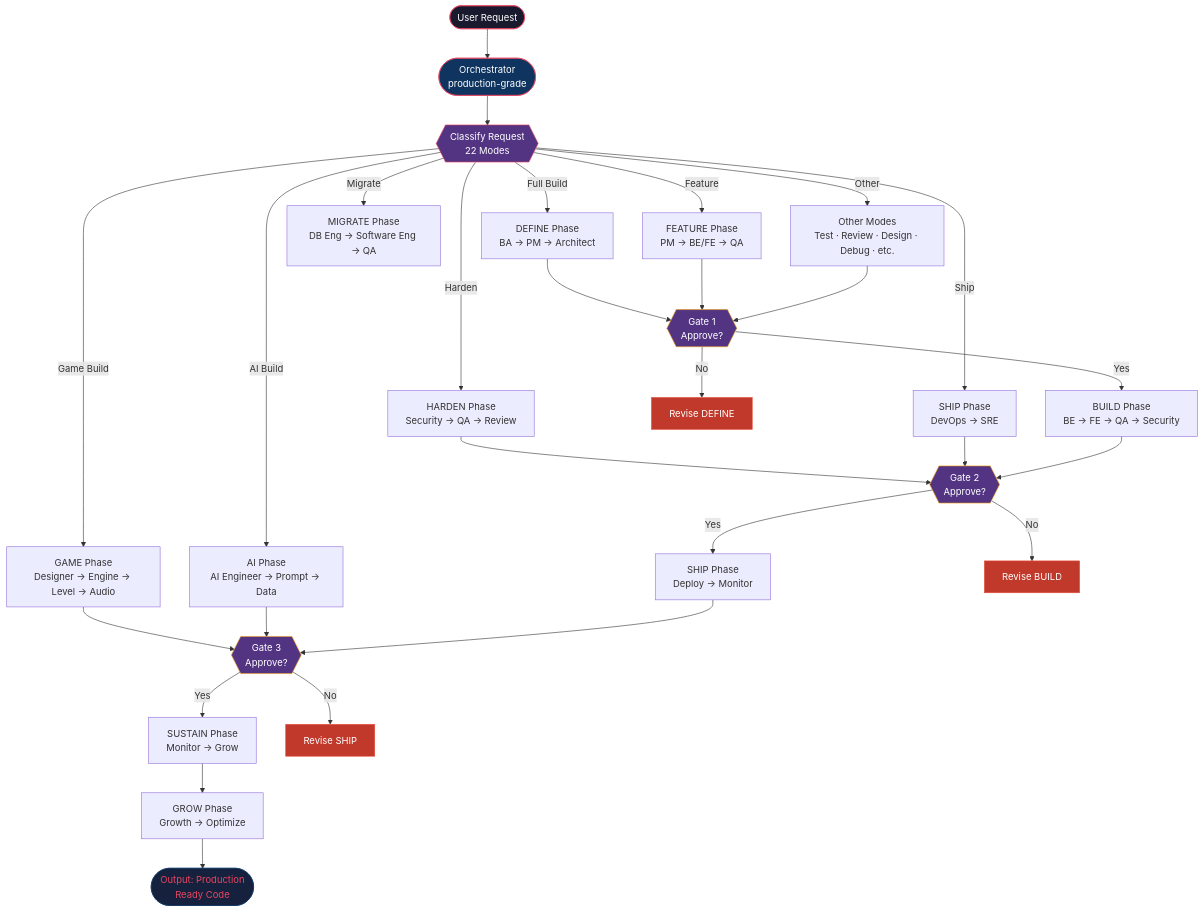
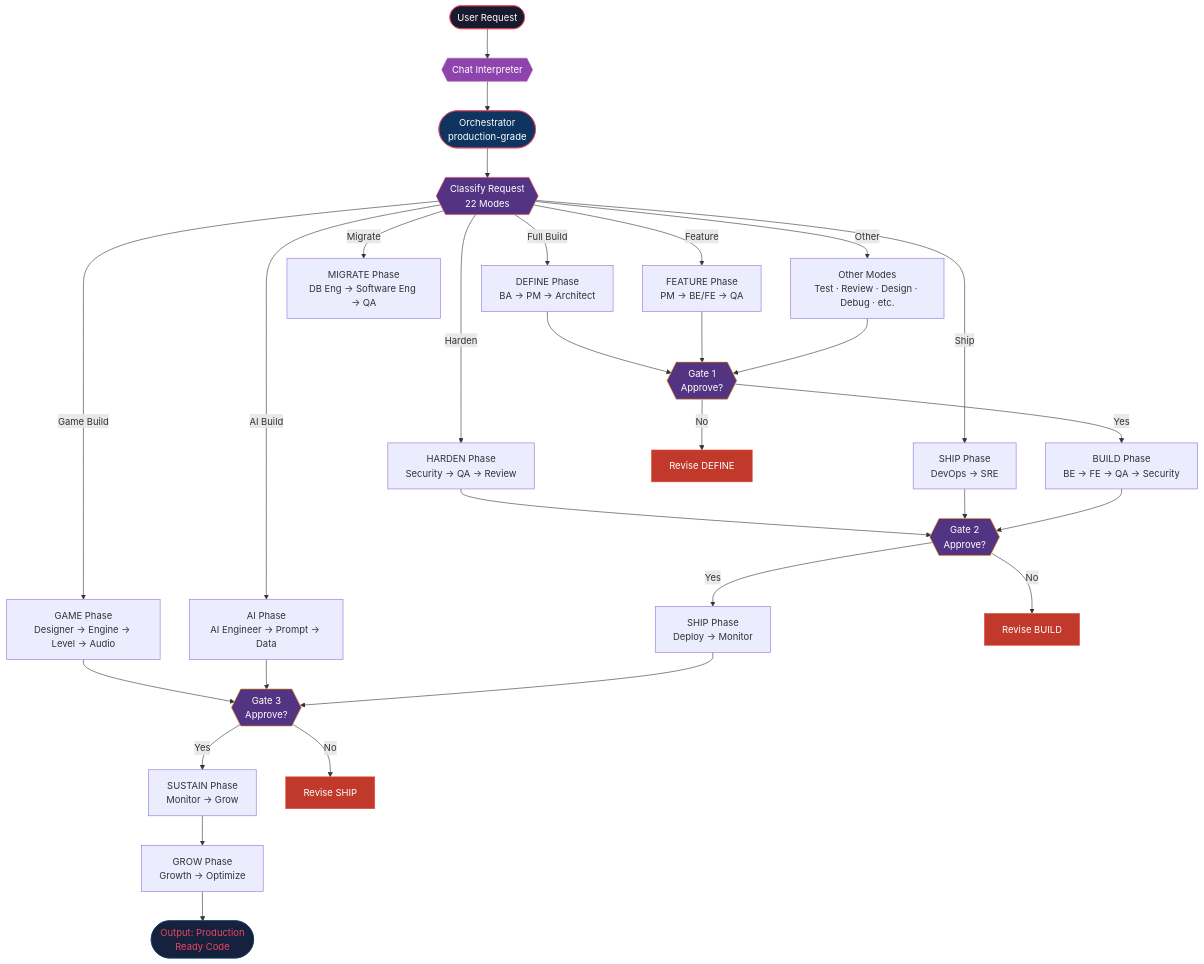
Before and after one commit to Exia-thd/Digital-Nervous: the fourth of 15 diagrams in README.md, drawn with Mermaid. The commit also changed other lines of this file and 360 other files, not shown here.

````diff
--- a/README.md
+++ b/README.md
@@ -249,48 +198,52 @@
 ```mermaid
 flowchart TD
     START(["User Request"])
+    CHAT_INT{{"Chat Interpreter"}}
     ORCH(["Orchestrator<br/>production-grade"])
+
+    START --> CHAT_INT
+    CHAT_INT --> ORCH
 
     ORCH --> MODE{{"Classify Request<br/>22 Modes"}}
 
     MODE --> |"Full Build"| PHASE_DEFINE["DEFINE Phase<br/>BA → PM → Architect"]
     MODE --> |"Feature"| PHASE_FEATURE["FEATURE Phase<br/>PM → BE/FE → QA"]
     MODE --> |"Harden"| PHASE_HARDEN["HARDEN Phase<br/>Security → QA → Review"]
     MODE --> |"Ship"| PHASE_SHIP["SHIP Phase<br/>DevOps → SRE"]
     MODE --> |"Game Build"| PHASE_GAME["GAME Phase<br/>Designer → Engine → Level → Audio"]
     MODE --> |"AI Build"| PHASE_AI["AI Phase<br/>AI Engineer → Prompt → Data"]
     MODE --> |"Migrate"| PHASE_MIGRATE["MIGRATE Phase<br/>DB Eng → Software Eng → QA"]
     MODE --> |"Other"| PHASE_OTHER["Other Modes<br/>Test · Review · Design · Debug · etc."]
 
     PHASE_DEFINE --> GATE1{{"Gate 1<br/>Approve?"}}
     PHASE_FEATURE --> GATE1
     PHASE_HARDEN --> GATE2{{"Gate 2<br/>Approve?"}}
     PHASE_SHIP --> GATE2
     PHASE_GAME --> GATE3{{"Gate 3<br/>Approve?"}}
     PHASE_AI --> GATE3
     PHASE_OTHER --> GATE1
 
     GATE1 --> |"Yes"| BUILD["BUILD Phase<br/>BE → FE → QA → Security"]
     GATE1 --> |"No"| REVISE1["Revise DEFINE"]
     BUILD --> GATE2
     GATE2 --> |"Yes"| SHIP_DEPLOY["SHIP Phase<br/>Deploy → Monitor"]
     GATE2 --> |"No"| REVISE2["Revise BUILD"]
     SHIP_DEPLOY --> GATE3
     GATE3 --> |"Yes"| SUSTAIN["SUSTAIN Phase<br/>Monitor → Grow"]
     GATE3 --> |"No"| REVISE3["Revise SHIP"]
     SUSTAIN --> GROW["GROW Phase<br/>Growth → Optimize"]
 
-    START --> ORCH
     GROW --> END(["Output: Production<br/>Ready Code"])
 
     style START fill:#1a1a2e,stroke:#e94560,color:#fff
+    style CHAT_INT fill:#8e44ad,stroke:#9b59b6,color:#fff
     style END fill:#16213e,stroke:#0f3460,color:#e94560
     style ORCH fill:#0f3460,stroke:#e94560,color:#fff
     style MODE fill:#533483,stroke:#e94560,color:#fff
     style GATE1 fill:#533483,stroke:#f39c12,color:#fff
     style GATE2 fill:#533483,stroke:#f39c12,color:#fff
     style GATE3 fill:#533483,stroke:#f39c12,color:#fff
     style REVISE1 fill:#c0392b,stroke:#e74c3c,color:#fff
     style REVISE2 fill:#c0392b,stroke:#e74c3c,color:#fff
     style REVISE3 fill:#c0392b,stroke:#e74c3c,color:#fff
 ```
````
